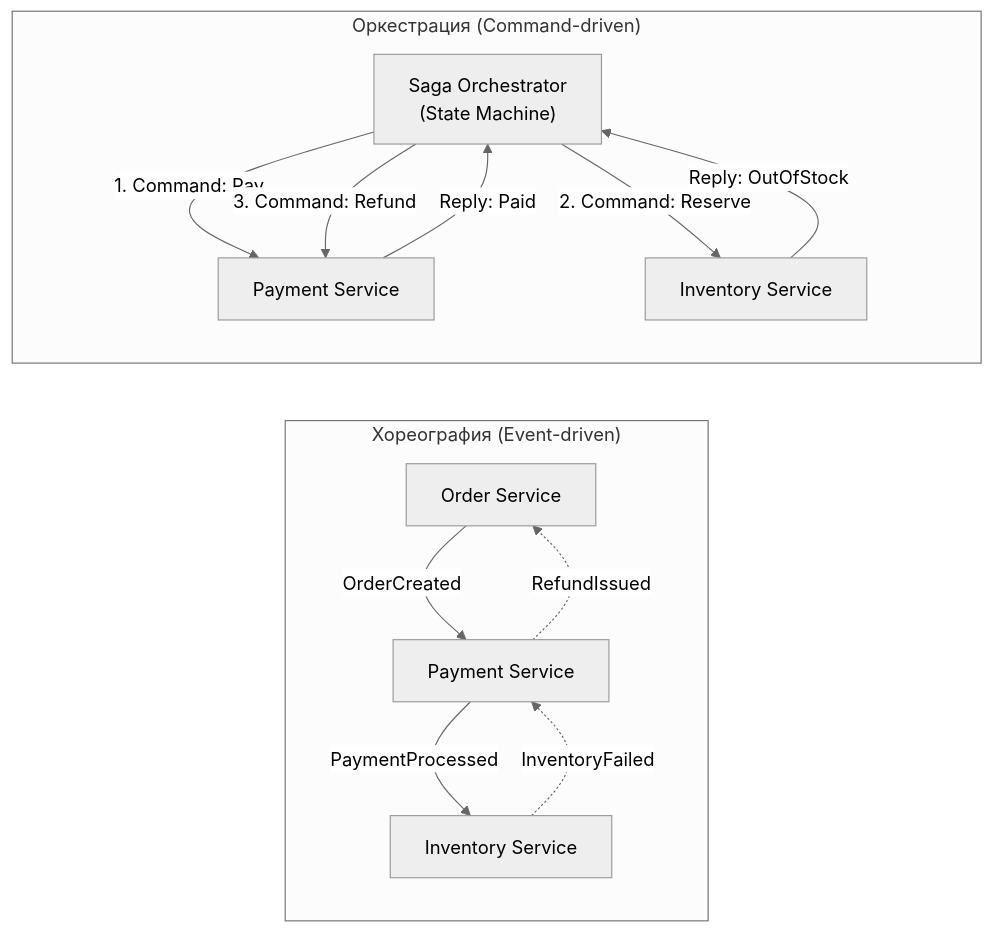
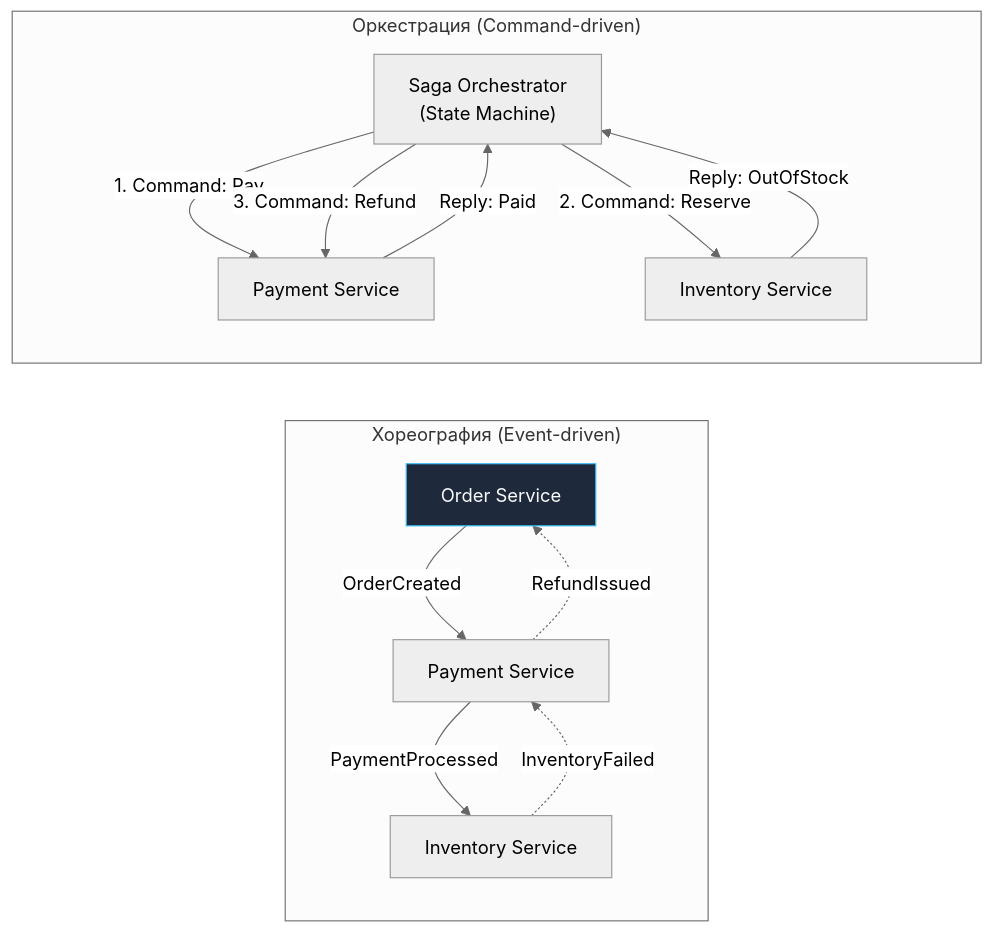
One commit to UnrealTemplier/go-textbook changed the second of 2 diagrams in sources/14. Распределенные системы на Go/09. Паттерны/1. Saga pattern.md. Above: the diagram before and after it, drawn with Mermaid (neutral theme). The commit also changed other lines of this file and 1666 other files, not shown here.

First line of the commit message:
feat(mermaid): add semantic color classDef to 1369 colorless flowchart/graph diagrams

````diff
--- a/sources/14. Распределенные системы на Go/09. Паттерны/1. Saga pattern.md
+++ b/sources/14. Распределенные системы на Go/09. Паттерны/1. Saga pattern.md
@@ -73,20 +83,30 @@
 ```mermaid
 flowchart LR
+    classDef process  fill:#1e293b,stroke:#38bdf8,stroke-width:1px,color:#f8fafc
+    classDef success  fill:#064e3b,stroke:#34d399,stroke-width:1px,color:#f8fafc
+    classDef error    fill:#7f1d1d,stroke:#f87171,stroke-width:1px,color:#f8fafc
+    classDef warning  fill:#78350f,stroke:#fbbf24,stroke-width:1px,color:#f8fafc
+    classDef entry    fill:#1e3a5f,stroke:#38bdf8,stroke-width:2px,color:#f8fafc
+    classDef aux      fill:#334155,stroke:#64748b,stroke-width:1px,color:#f8fafc
+    classDef system   fill:#312e81,stroke:#a78bfa,stroke-width:1px,color:#f8fafc
+    classDef data     fill:#132d29,stroke:#2dd4bf,stroke-width:1px,color:#f8fafc
+    classDef network  fill:#881337,stroke:#fb7185,stroke-width:1px,color:#f8fafc
+    classDef accent   fill:#1e1b4b,stroke:#818cf8,stroke-width:1px,color:#f8fafc
     subgraph Choreography["Хореография (Event-driven)"]
         direction TB
-        C1["Order Service"] -- "OrderCreated" --> C2["Payment Service"]
+        C1["Order Service"]:::process -- "OrderCreated" --> C2["Payment Service"]
         C2 -- "PaymentProcessed" --> C3["Inventory Service"]
         C3 -. "InventoryFailed" .-> C2
         C2 -. "RefundIssued" .-> C1
     end
 
     subgraph Orchestration["Оркестрация (Command-driven)"]
         direction TB
         O["Saga Orchestrator<br>(State Machine)"]
         O -- "1. Command: Pay" --> S1["Payment Service"]
         S1 -- "Reply: Paid" --> O
         O -- "2. Command: Reserve" --> S2["Inventory Service"]
         S2 -- "Reply: OutOfStock" --> O
         O -- "3. Command: Refund" --> S1
     end
 ```
````
